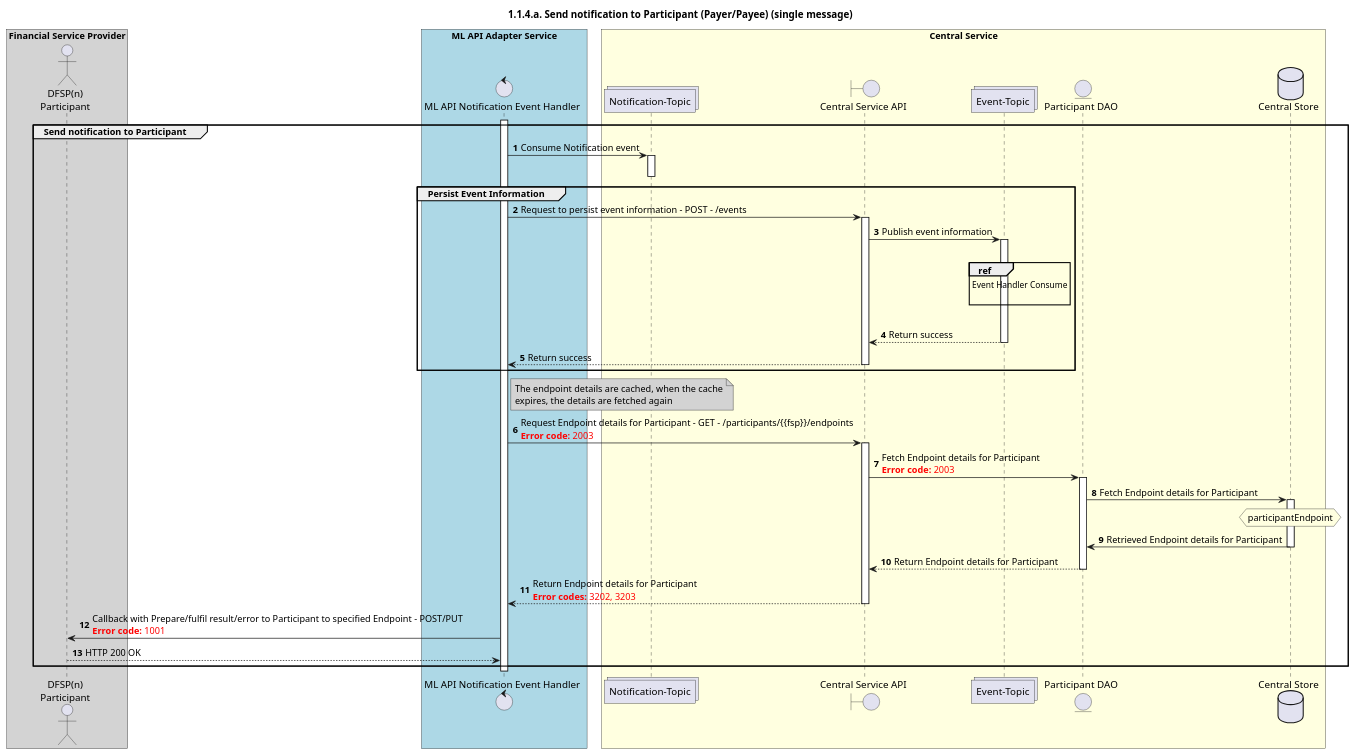
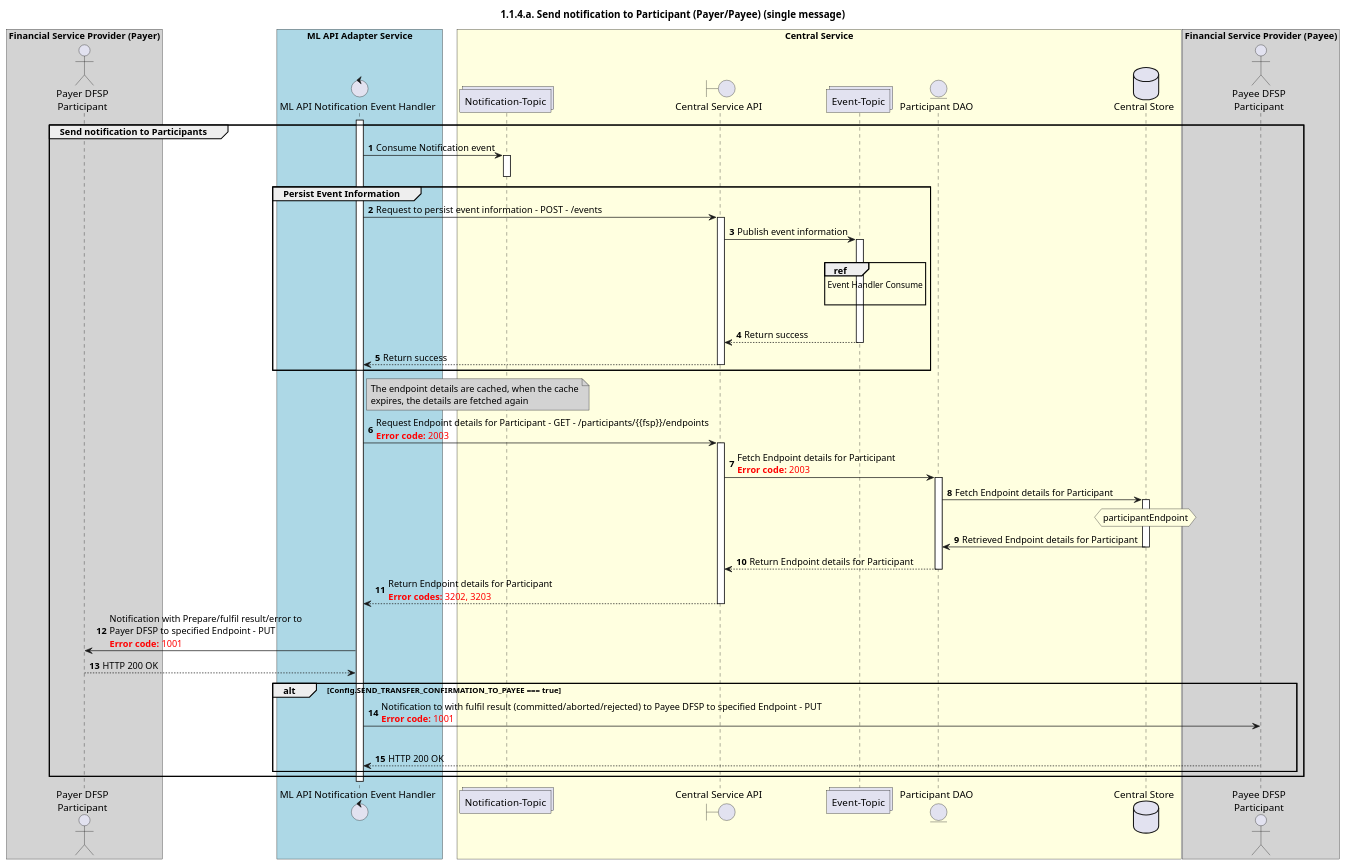
The diagram in mojaloop-technical-overview/central-ledger/assets/diagrams/sequence/seq-prepare-1.1.4.a.plantuml (mojaloop/documentation), drawn with PlantUML before and after one commit. The commit also changed 4 other files, not shown here.

First line of the commit message:
Update sequence diagram for transfers based on #700 (#114)

```diff
--- a/mojaloop-technical-overview/central-ledger/assets/diagrams/sequence/seq-prepare-1.1.4.a.plantuml
+++ b/mojaloop-technical-overview/central-ledger/assets/diagrams/sequence/seq-prepare-1.1.4.a.plantuml
@@ -27,83 +27,94 @@
 @startuml
 ' declate title
 title 1.1.4.a. Send notification to Participant (Payer/Payee) (single message)
 
 autonumber
 
 ' Actor Keys:
+'   actor - Payer DFSP, Payee DFSP
 '   boundary - APIs/Interfaces, etc
 '   collections - Kafka Topics
 '   control - Kafka Consumers
 '   entity - Database Access Objects
 '   database - Database Persistance Store
 
 ' declare actors
-actor "DFSP(n)\nParticipant" as DFSP
+actor "Payer DFSP\nParticipant" as PAYER_DFSP
+actor "Payee DFSP\nParticipant" as PAYEE_DFSP
 control "ML API Notification Event Handler" as NOTIFY_HANDLER
 boundary "Central Service API" as CSAPI
 collections "Notification-Topic" as TOPIC_NOTIFICATIONS
 collections "Event-Topic" as TOPIC_EVENTS
 entity "Participant DAO" as PARTICIPANT_DAO
 database "Central Store" as DB
 
-box "Financial Service Provider" #lightGray
-	participant DFSP
+box "Financial Service Provider (Payer)" #lightGray
+	participant PAYER_DFSP
 end box
 
 box "ML API Adapter Service" #LightBlue
 	participant NOTIFY_HANDLER
 end box
 
 box "Central Service" #LightYellow
-participant TOPIC_NOTIFICATIONS
+    participant TOPIC_NOTIFICATIONS
     participant CSAPI
     participant TOPIC_EVENTS
     participant PARTICIPANT_DAO
     participant DB
 end box
 
+box "Financial Service Provider (Payee)" #lightGray
+	participant PAYEE_DFSP
+end box
+
 ' start flow
 activate NOTIFY_HANDLER
-group Send notification to Participant
+group Send notification to Participants
     TOPIC_NOTIFICATIONS <- NOTIFY_HANDLER: Consume Notification event
     activate TOPIC_NOTIFICATIONS
     deactivate TOPIC_NOTIFICATIONS
 
     group Persist Event Information
         NOTIFY_HANDLER -> CSAPI: Request to persist event information - POST - /events
         activate CSAPI
         CSAPI -> TOPIC_EVENTS: Publish event information
         activate TOPIC_EVENTS
         |||
         ref over TOPIC_EVENTS :  Event Handler Consume\n
         |||
         TOPIC_EVENTS --> CSAPI: Return success
         deactivate TOPIC_EVENTS
         CSAPI --> NOTIFY_HANDLER: Return success
         deactivate CSAPI
     end
     note right of NOTIFY_HANDLER #lightgray
         The endpoint details are cached, when the cache
         expires, the details are fetched again
     end note
     NOTIFY_HANDLER -> CSAPI: Request Endpoint details for Participant - GET - /participants/{{fsp}}/endpoints\n<color #FF0000><b>Error code:</b> 2003</color>
 
     activate CSAPI
     CSAPI -> PARTICIPANT_DAO: Fetch Endpoint details for Participant\n<color #FF0000><b>Error code:</b> 2003</color>
     activate PARTICIPANT_DAO
     PARTICIPANT_DAO -> DB: Fetch Endpoint details for Participant
     activate DB
     hnote over DB #lightyellow
         participantEndpoint
     end note
     DB -> PARTICIPANT_DAO: Retrieved Endpoint details for Participant
     deactivate DB
     PARTICIPANT_DAO --> CSAPI: Return Endpoint details for Participant
     deactivate PARTICIPANT_DAO
     CSAPI --> NOTIFY_HANDLER: Return Endpoint details for Participant\n<color #FF0000><b>Error codes:</b> 3202, 3203</color>
     deactivate CSAPI
-    NOTIFY_HANDLER -> DFSP: Callback with Prepare/fulfil result/error to Participant to specified Endpoint - POST/PUT \n<color #FF0000><b>Error code:</b> 1001</color>
-    NOTIFY_HANDLER <-- DFSP: HTTP 200 OK 
+    NOTIFY_HANDLER -> PAYER_DFSP: Notification with Prepare/fulfil result/error to \nPayer DFSP to specified Endpoint - PUT \n<color #FF0000><b>Error code:</b> 1001</color>
+    NOTIFY_HANDLER <-- PAYER_DFSP: HTTP 200 OK 
+    alt Config.SEND_TRANSFER_CONFIRMATION_TO_PAYEE === true
+        NOTIFY_HANDLER -> PAYEE_DFSP: Notification to with fulfil result (committed/aborted/rejected) to Payee DFSP to specified Endpoint - PUT \n<color #FF0000><b>Error code:</b> 1001</color>
+        |||
+        NOTIFY_HANDLER <-- PAYEE_DFSP: HTTP 200 OK 
+    end
 end
 deactivate NOTIFY_HANDLER
 @enduml
```
